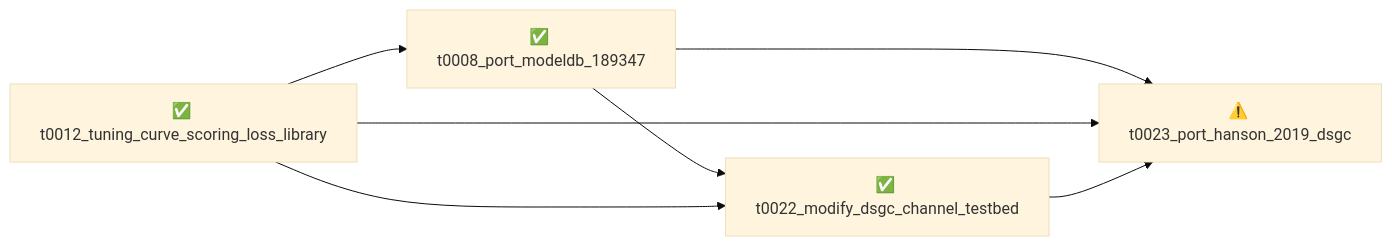
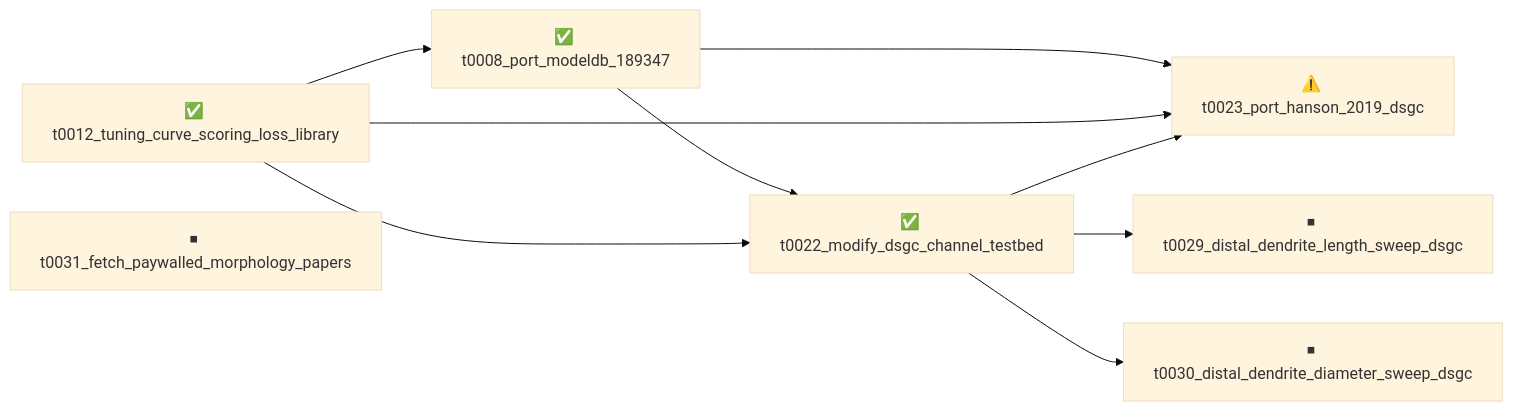
The diagram in overview/tasks/README.md (tonza17/neuron-channels), drawn with Mermaid (base theme) before and after one commit. The commit also changed other lines of this file and 44 other files, not shown here.

````diff
--- a/overview/tasks/README.md
+++ b/overview/tasks/README.md
@@ -12,14 +13,19 @@
 ```mermaid
 graph LR
     t0008_port_modeldb_189347["✅ t0008_port_modeldb_189347"]
     t0012_tuning_curve_scoring_loss_library["✅ t0012_tuning_curve_scoring_loss_library"]
     t0022_modify_dsgc_channel_testbed["✅ t0022_modify_dsgc_channel_testbed"]
     t0023_port_hanson_2019_dsgc["⚠️ t0023_port_hanson_2019_dsgc"]
+    t0029_distal_dendrite_length_sweep_dsgc["⏹ t0029_distal_dendrite_length_sweep_dsgc"]
+    t0030_distal_dendrite_diameter_sweep_dsgc["⏹ t0030_distal_dendrite_diameter_sweep_dsgc"]
+    t0031_fetch_paywalled_morphology_papers["⏹ t0031_fetch_paywalled_morphology_papers"]
 
     t0012_tuning_curve_scoring_loss_library --> t0008_port_modeldb_189347
     t0008_port_modeldb_189347 --> t0022_modify_dsgc_channel_testbed
     t0012_tuning_curve_scoring_loss_library --> t0022_modify_dsgc_channel_testbed
     t0008_port_modeldb_189347 --> t0023_port_hanson_2019_dsgc
     t0012_tuning_curve_scoring_loss_library --> t0023_port_hanson_2019_dsgc
     t0022_modify_dsgc_channel_testbed --> t0023_port_hanson_2019_dsgc
+    t0022_modify_dsgc_channel_testbed --> t0029_distal_dendrite_length_sweep_dsgc
+    t0022_modify_dsgc_channel_testbed --> t0030_distal_dendrite_diameter_sweep_dsgc
 ```
````
